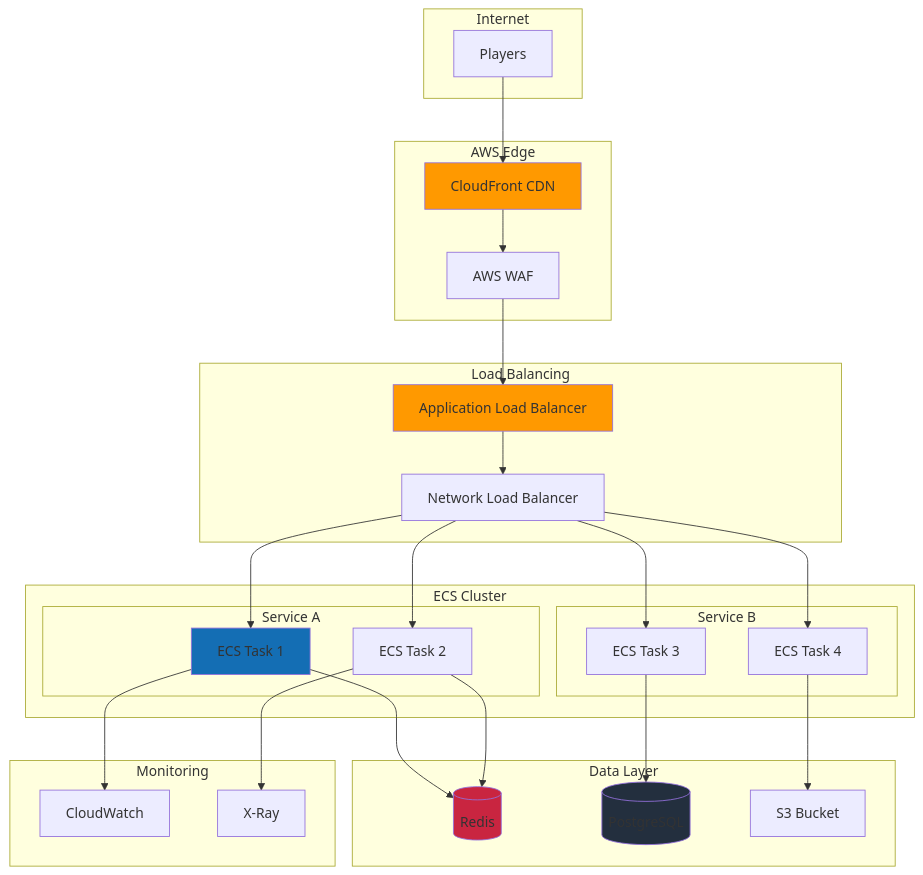
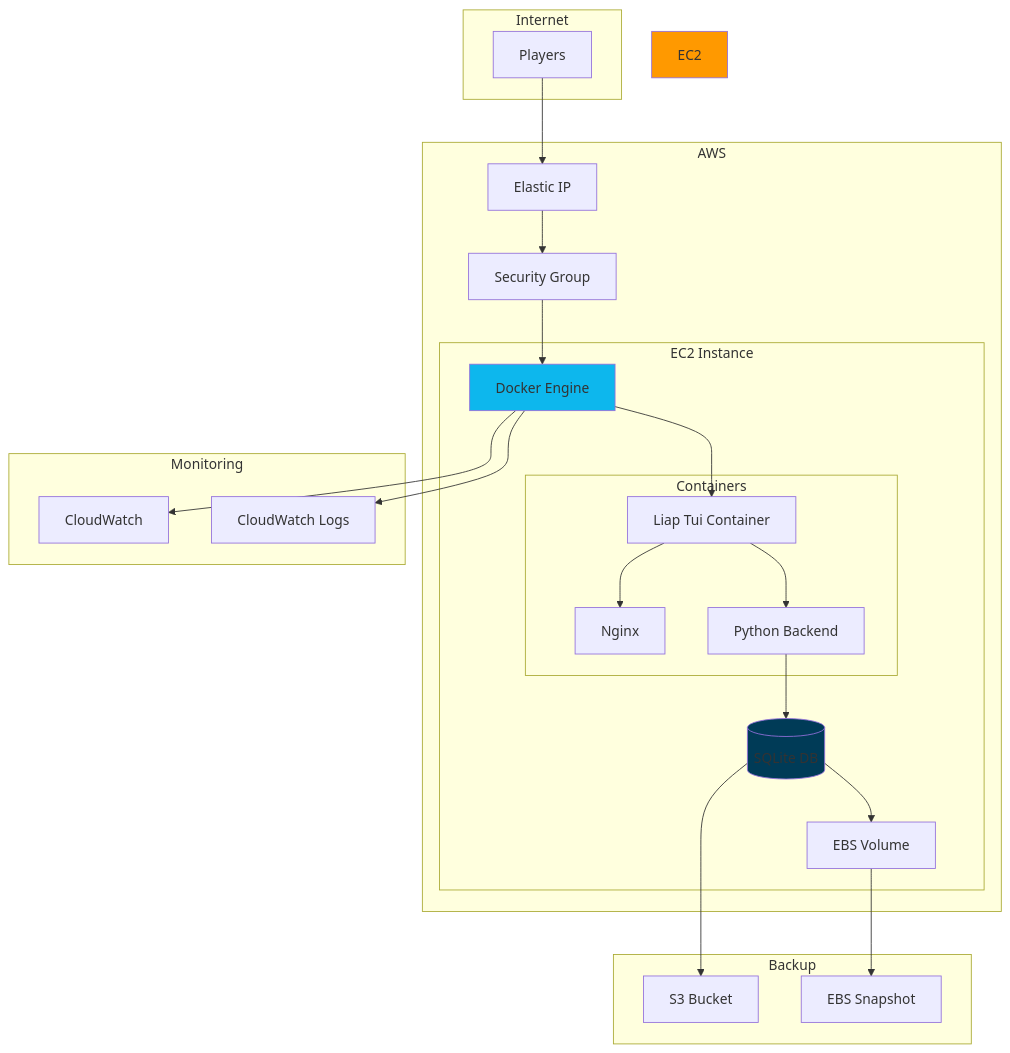
One commit to andynenth/tui-backend changed the diagram in docs/05-patterns-practices/DEPLOYMENT_PATTERNS.md. Above: the diagram before and after it, drawn with Mermaid. The commit also changed other lines of this file and 7 other files, not shown here.

````diff
--- a/docs/05-patterns-practices/DEPLOYMENT_PATTERNS.md
+++ b/docs/05-patterns-practices/DEPLOYMENT_PATTERNS.md
@@ -31,61 +31,50 @@
 ```mermaid
 graph TB
     subgraph "Internet"
         Users[Players]
     end
     
-    subgraph "AWS Edge"
-        CF[CloudFront CDN]
-        WAF[AWS WAF]
-    end
-    
-    subgraph "Load Balancing"
-        ALB[Application Load Balancer]
-        NLB[Network Load Balancer]
-    end
-    
-    subgraph "ECS Cluster"
-        subgraph "Service A"
-            Task1[ECS Task 1]
-            Task2[ECS Task 2]
+    subgraph "AWS"
+        subgraph "EC2 Instance"
+            Docker[Docker Engine]
+            subgraph "Containers"
+                App[Liap Tui Container]
+                Nginx[Nginx]
+                Python[Python Backend]
+            end
+            SQLite[(SQLite DB)]
+            Volume[EBS Volume]
         end
-        subgraph "Service B"
-            Task3[ECS Task 3]
-            Task4[ECS Task 4]
-        end
-    end
-    
-    subgraph "Data Layer"
-        ElastiCache[(Redis)]
-        RDS[(PostgreSQL)]
-        S3[S3 Bucket]
+        
+        SG[Security Group]
+        EIP[Elastic IP]
     end
     
     subgraph "Monitoring"
         CW[CloudWatch]
-        XRay[X-Ray]
+        Logs[CloudWatch Logs]
     end
     
-    Users --> CF
-    CF --> WAF
-    WAF --> ALB
-    ALB --> NLB
-    NLB --> Task1
-    NLB --> Task2
-    NLB --> Task3
-    NLB --> Task4
+    subgraph "Backup"
+        S3[S3 Bucket]
+        Snapshot[EBS Snapshot]
+    end
     
-    Task1 --> ElastiCache
-    Task2 --> ElastiCache
-    Task3 --> RDS
-    Task4 --> S3
+    Users --> EIP
+    EIP --> SG
+    SG --> Docker
+    Docker --> App
+    App --> Nginx
+    App --> Python
+    Python --> SQLite
+    SQLite --> Volume
     
-    Task1 --> CW
-    Task2 --> XRay
+    Docker --> CW
+    Docker --> Logs
+    Volume --> Snapshot
+    SQLite --> S3
     
-    style CF fill:#FF9900
-    style ALB fill:#FF9900
-    style Task1 fill:#146EB4
-    style ElastiCache fill:#C92540
-    style RDS fill:#232F3E
+    style Docker fill:#0db7ed
+    style SQLite fill:#003B57
+    style EC2 fill:#FF9900
 ```
````
